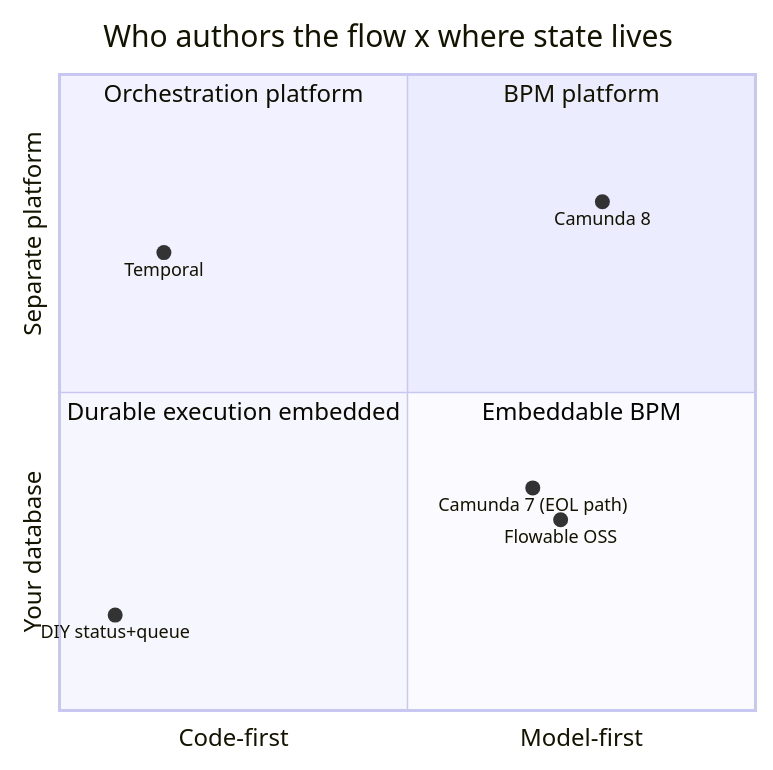
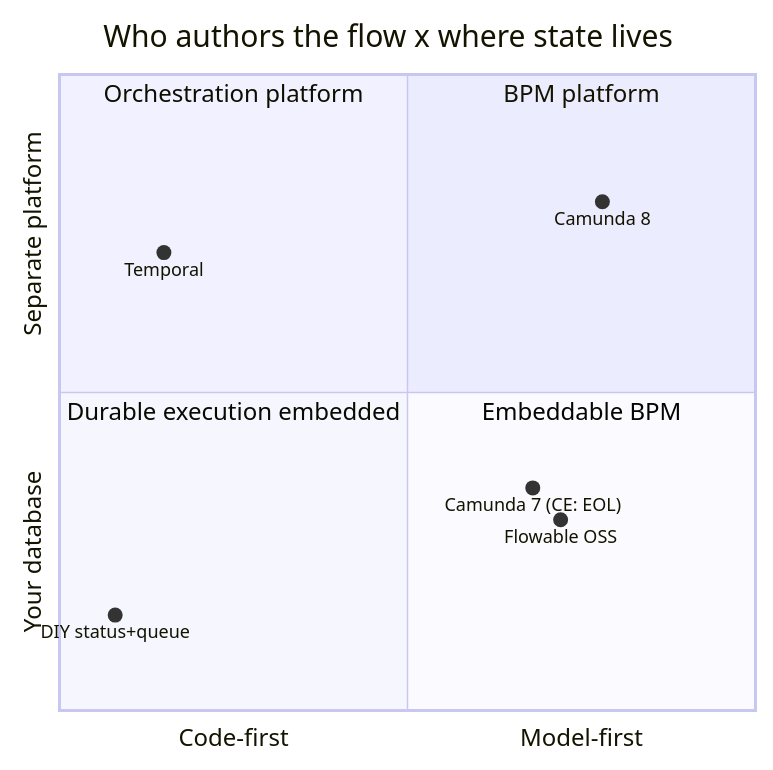
The diagram in flowable/phases/00-orientation-and-setup/04-landscape/docs/en.md (aakashagg123/gatsby), drawn with Mermaid before and after one commit. The commit also changed other lines of this file and 3 other files, not shown here.

First line of the commit message:
Daily refresh: flowable — fix stale Camunda 7/8 architecture claims (#92)

````diff
--- a/flowable/phases/00-orientation-and-setup/04-landscape/docs/en.md
+++ b/flowable/phases/00-orientation-and-setup/04-landscape/docs/en.md
@@ -22,15 +22,15 @@
 ```mermaid
 quadrantChart
     title Who authors the flow x where state lives
     x-axis Code-first --> Model-first
     y-axis Your database --> Separate platform
     quadrant-1 BPM platform
     quadrant-2 Orchestration platform
     quadrant-3 Durable execution embedded
     quadrant-4 Embeddable BPM
     "Flowable OSS": [0.72, 0.30]
-    "Camunda 7 (EOL path)": [0.68, 0.35]
+    "Camunda 7 (CE: EOL)": [0.68, 0.35]
     "Camunda 8": [0.78, 0.80]
     "Temporal": [0.15, 0.72]
     "DIY status+queue": [0.08, 0.15]
 ```
````
